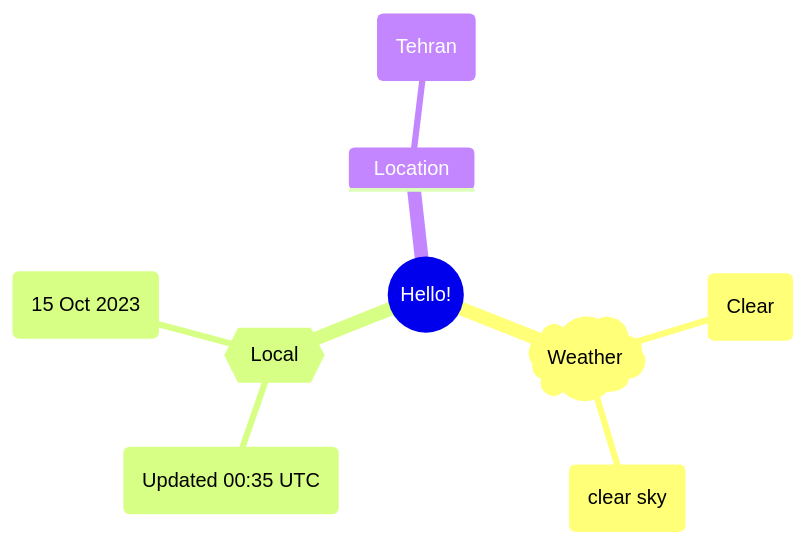
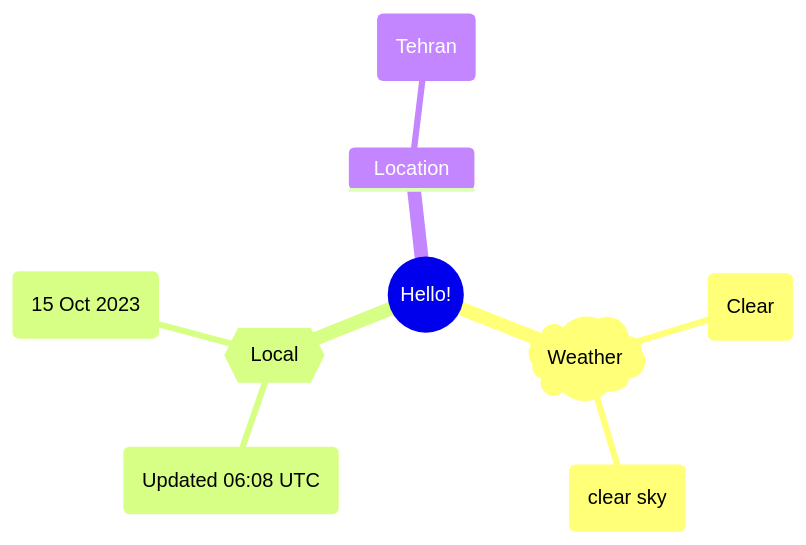
One commit to Xosrov/Xosrov changed the first of 2 diagrams in README.md. Above: the diagram before and after it, drawn with Mermaid.

Commit message:
[bot] updated images

````diff
--- a/README.md
+++ b/README.md
@@ -3,12 +3,12 @@
 ```mermaid
 mindmap
   root((Hello!))
     )Weather(
         (Clear)
         (clear sky)
     {{Local}}
-        (Updated 00:35 UTC)
+        (Updated 06:08 UTC)
         (15 Oct 2023)
     Location
         (Tehran)
 ```
````
